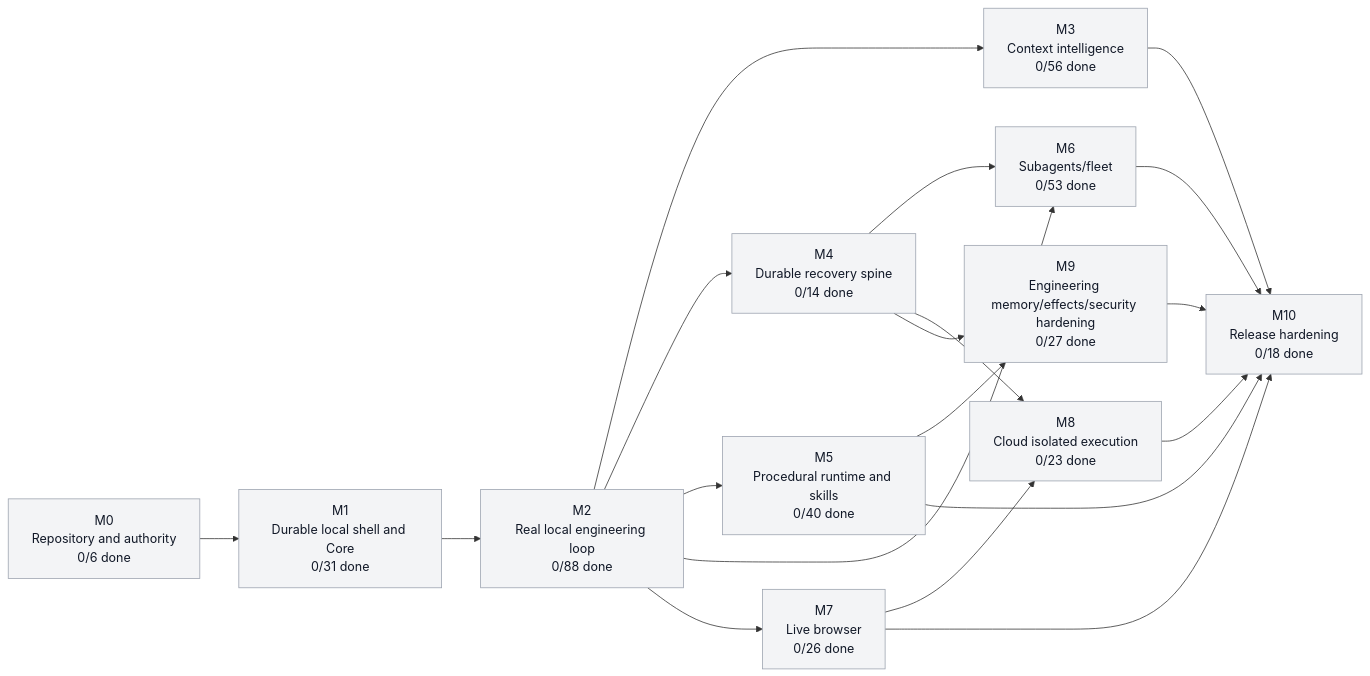
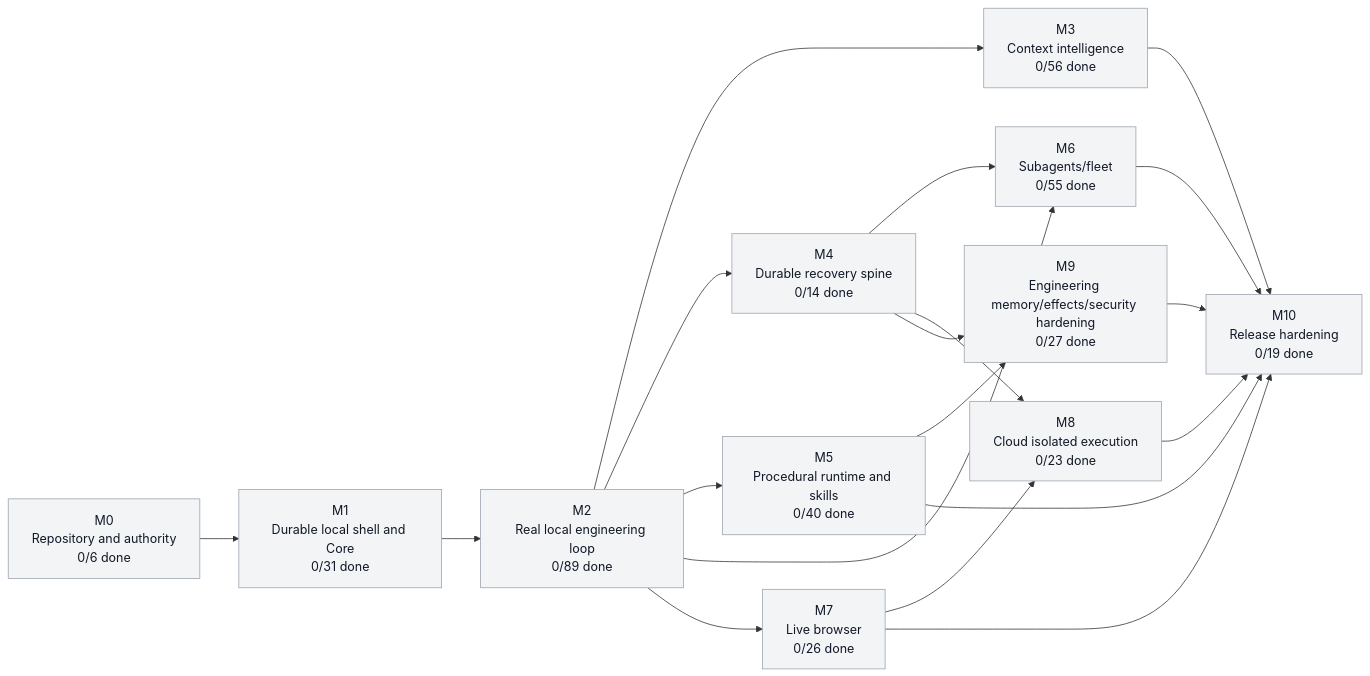
Before and after one commit to moss101/modbit: the first of 5 diagrams in graph/PROJECT_GRAPH.md, drawn with Mermaid. The commit also changed other lines of this file and 15 other files, not shown here.

First line of the commit message:
DOC-PX-004: product extension stage D (UX flows, onboarding, budgets)

````diff
--- a/graph/PROJECT_GRAPH.md
+++ b/graph/PROJECT_GRAPH.md
@@ -57,43 +57,43 @@
 ```mermaid
 flowchart LR
   M0["M0<br/>Repository and authority<br/>0/6 done"]
   M1["M1<br/>Durable local shell and Core<br/>0/31 done"]
-  M2["M2<br/>Real local engineering loop<br/>0/88 done"]
+  M2["M2<br/>Real local engineering loop<br/>0/89 done"]
   M3["M3<br/>Context intelligence<br/>0/56 done"]
   M4["M4<br/>Durable recovery spine<br/>0/14 done"]
   M5["M5<br/>Procedural runtime and skills<br/>0/40 done"]
-  M6["M6<br/>Subagents/fleet<br/>0/53 done"]
+  M6["M6<br/>Subagents/fleet<br/>0/55 done"]
   M7["M7<br/>Live browser<br/>0/26 done"]
   M8["M8<br/>Cloud isolated execution<br/>0/23 done"]
   M9["M9<br/>Engineering memory/effects/security hardening<br/>0/27 done"]
-  M10["M10<br/>Release hardening<br/>0/18 done"]
+  M10["M10<br/>Release hardening<br/>0/19 done"]
   M0 --> M1
   M1 --> M2
   M2 --> M3
   M2 --> M4
   M2 --> M5
   M2 --> M6
   M4 --> M6
   M2 --> M7
   M4 --> M8
   M7 --> M8
   M4 --> M9
   M5 --> M9
   M3 --> M10
   M5 --> M10
   M6 --> M10
   M7 --> M10
   M8 --> M10
   M9 --> M10
   style M0 fill:#f3f4f6,stroke:#9ca3af,color:#111827
   style M1 fill:#f3f4f6,stroke:#9ca3af,color:#111827
   style M2 fill:#f3f4f6,stroke:#9ca3af,color:#111827
   style M3 fill:#f3f4f6,stroke:#9ca3af,color:#111827
   style M4 fill:#f3f4f6,stroke:#9ca3af,color:#111827
   style M5 fill:#f3f4f6,stroke:#9ca3af,color:#111827
   style M6 fill:#f3f4f6,stroke:#9ca3af,color:#111827
   style M7 fill:#f3f4f6,stroke:#9ca3af,color:#111827
   style M8 fill:#f3f4f6,stroke:#9ca3af,color:#111827
   style M9 fill:#f3f4f6,stroke:#9ca3af,color:#111827
   style M10 fill:#f3f4f6,stroke:#9ca3af,color:#111827
 ```
````
